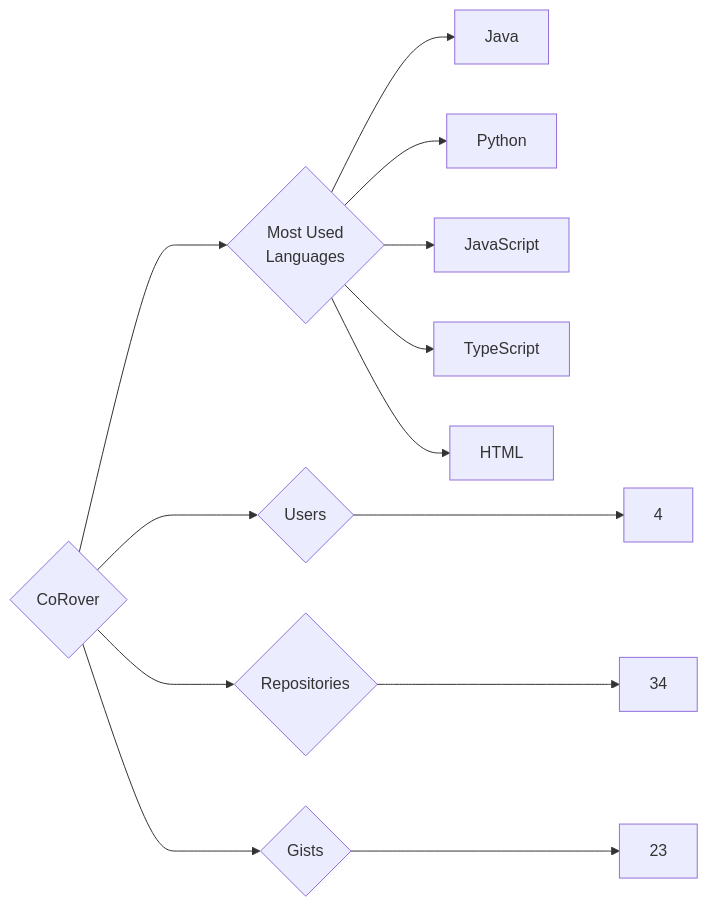
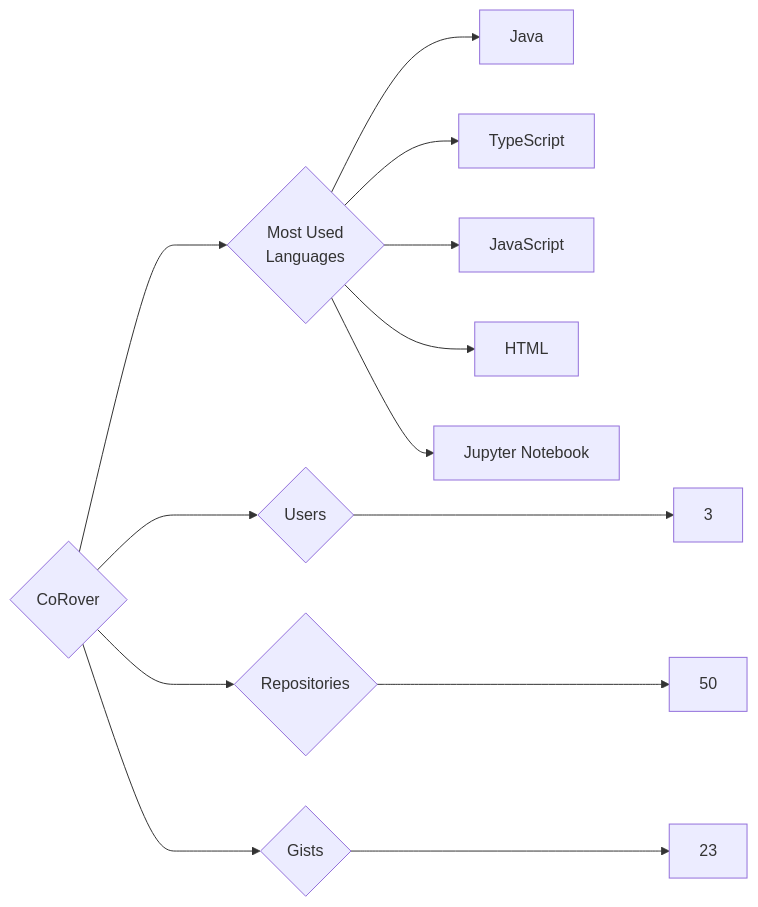
The diagram in targets/CoRover/README.md (trickest/insiders), drawn with Mermaid before and after one commit. The commit also changed 644 other files, not shown here.

````diff
--- a/targets/CoRover/README.md
+++ b/targets/CoRover/README.md
@@ -3,13 +3,13 @@
 ```mermaid
 graph LR
 COMPANY_NAME{CoRover}
-COMPANY_NAME ---> U{Users} ---> UN[4]
-COMPANY_NAME ---> R{Repositories} ---> RN[34]
+COMPANY_NAME ---> U{Users} ---> UN[3]
+COMPANY_NAME ---> R{Repositories} ---> RN[50]
 COMPANY_NAME ---> G{Gists} ---> GN[23]
 COMPANY_NAME ---> ML{Most Used<br>Languages}
 ML --> Java[Java]
-ML --> Python[Python]
+ML --> TypeScript[TypeScript]
 ML --> JavaScript[JavaScript]
-ML --> TypeScript[TypeScript]
 ML --> HTML[HTML]
+ML --> Jupyter_Notebook[Jupyter Notebook]
 ```
````
